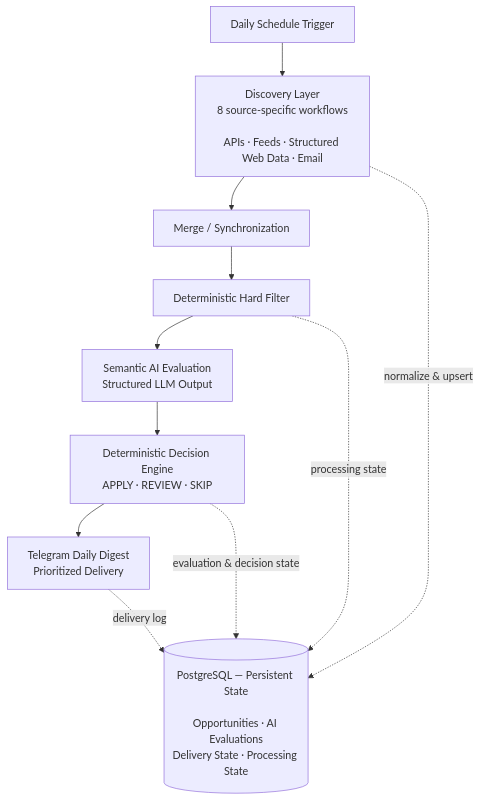
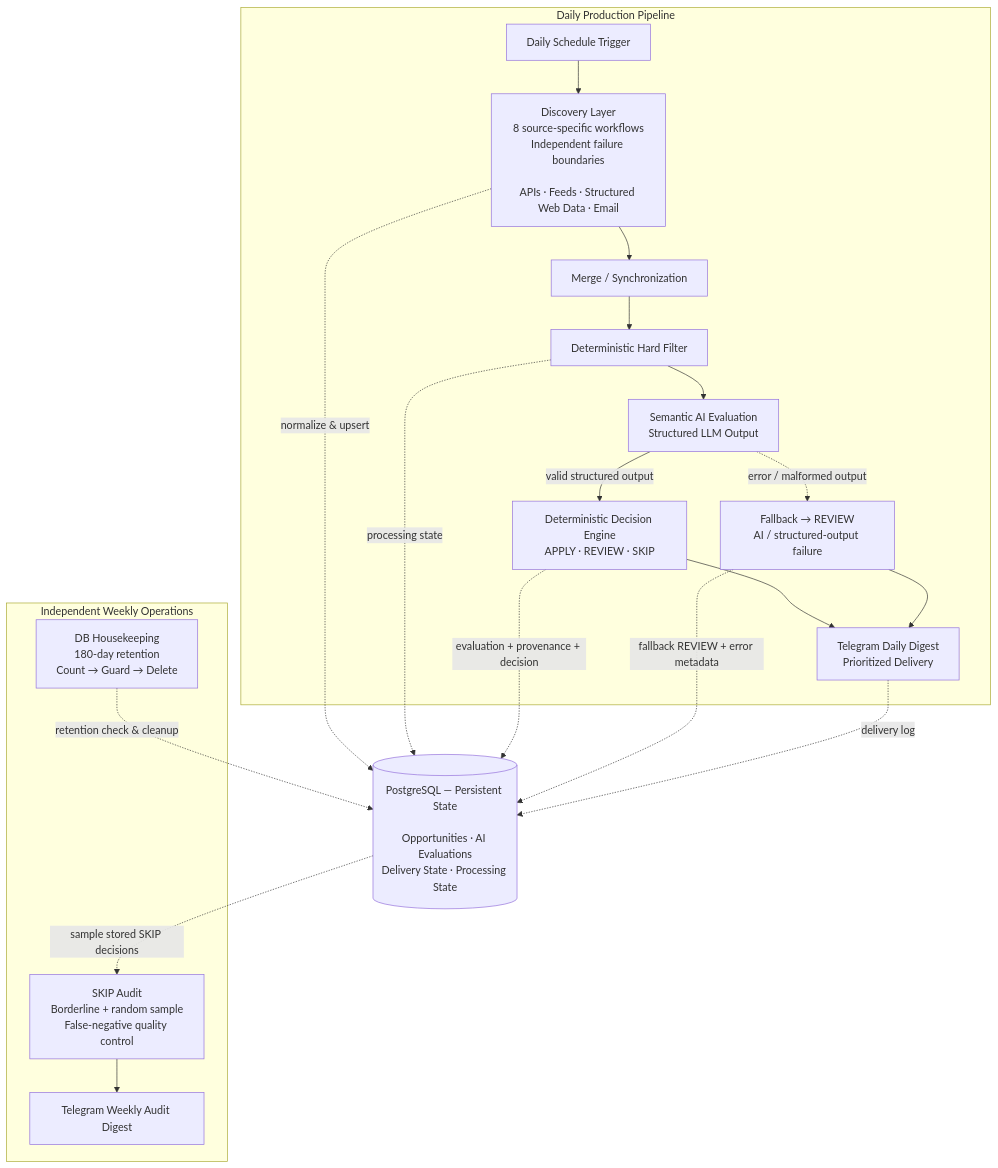
Before and after one commit to 1845302-ops/ai-powered-freelance-opportunity-aggregator: the diagram in assets/diagrams/system-architecture.mmd, drawn with Mermaid. The commit also changed 10 other files, not shown here.

```diff
--- a/assets/diagrams/system-architecture.mmd
+++ b/assets/diagrams/system-architecture.mmd
@@ -1,25 +1,42 @@
 flowchart TB
 
-    A["Daily Schedule Trigger"]
-    B["Discovery Layer<br/>8 source-specific workflows<br/><br/>APIs · Feeds · Structured Web Data · Email"]
-    C["Merge / Synchronization"]
-    D["Deterministic Hard Filter"]
-    E["Semantic AI Evaluation<br/>Structured LLM Output"]
-    F["Deterministic Decision Engine<br/>APPLY · REVIEW · SKIP"]
-    G["Telegram Daily Digest<br/>Prioritized Delivery"]
+    subgraph DAILY["Daily Production Pipeline"]
+        A["Daily Schedule Trigger"]
+        B["Discovery Layer<br/>8 source-specific workflows<br/>Independent failure boundaries<br/><br/>APIs · Feeds · Structured Web Data · Email"]
+        C["Merge / Synchronization"]
+        D["Deterministic Hard Filter"]
+        E["Semantic AI Evaluation<br/>Structured LLM Output"]
+        F["Deterministic Decision Engine<br/>APPLY · REVIEW · SKIP"]
+        R["Fallback → REVIEW<br/>AI / structured-output failure"]
+        G["Telegram Daily Digest<br/>Prioritized Delivery"]
 
-    A --> B
-    B --> C
-    C --> D
-    D --> E
-    E --> F
-    F --> G
+        A --> B
+        B --> C
+        C --> D
+        D --> E
 
-    G ~~~ DB
+        E -->|valid structured output| F
+        E -.->|error / malformed output| R
+
+        F --> G
+        R --> G
+    end
 
     DB[("PostgreSQL — Persistent State<br/><br/>Opportunities · AI Evaluations<br/>Delivery State · Processing State")]
 
     B -. "normalize & upsert" .-> DB
     D -. "processing state" .-> DB
-    F -. "evaluation & decision state" .-> DB
+    F -. "evaluation + provenance + decision" .-> DB
+    R -. "fallback REVIEW + error metadata" .-> DB
     G -. "delivery log" .-> DB
+
+    subgraph OPS["Independent Weekly Operations"]
+        H["DB Housekeeping<br/>180-day retention<br/>Count → Guard → Delete"]
+        I["SKIP Audit<br/>Borderline + random sample<br/>False-negative quality control"]
+        J["Telegram Weekly Audit Digest"]
+
+        I --> J
+    end
+
+    H -. "retention check & cleanup" .-> DB
+    DB -. "sample stored SKIP decisions" .-> I
```
